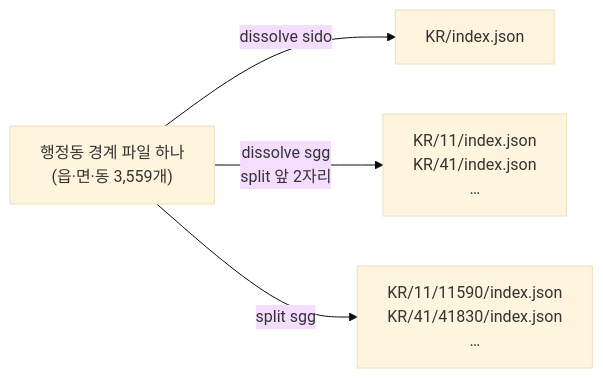
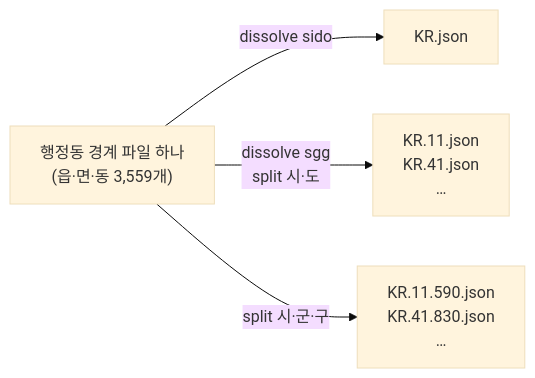
One commit to 1etterh/devlog changed the diagram in content/tools/gis/002_korea_admin_boundary_geojson.md. Above: the diagram before and after it, drawn with Mermaid (base theme). The commit also changed other lines of this file and 1 other file, not shown here.

Commit message:
tools/gis: 경계 파일을 평평한 {idPath}.json · segmentId / code / idPath 속성 기준으로

````diff
--- a/content/tools/gis/002_korea_admin_boundary_geojson.md
+++ b/content/tools/gis/002_korea_admin_boundary_geojson.md
@@ -35,6 +31,6 @@
 ```mermaid
 flowchart LR
-    A["행정동 경계 파일 하나<br/>(읍·면·동 3,559개)"] -->|"dissolve sido"| B[KR/index.json]
-    A -->|"dissolve sgg<br/>split 앞 2자리"| C["KR/11/index.json<br/>KR/41/index.json<br/>…"]
-    A -->|"split sgg"| D["KR/11/11590/index.json<br/>KR/41/41830/index.json<br/>…"]
+    A["행정동 경계 파일 하나<br/>(읍·면·동 3,559개)"] -->|"dissolve sido"| B[KR.json]
+    A -->|"dissolve sgg<br/>split 시·도"| C["KR.11.json<br/>KR.41.json<br/>…"]
+    A -->|"split 시·군·구"| D["KR.11.590.json<br/>KR.41.830.json<br/>…"]
 ```
````
